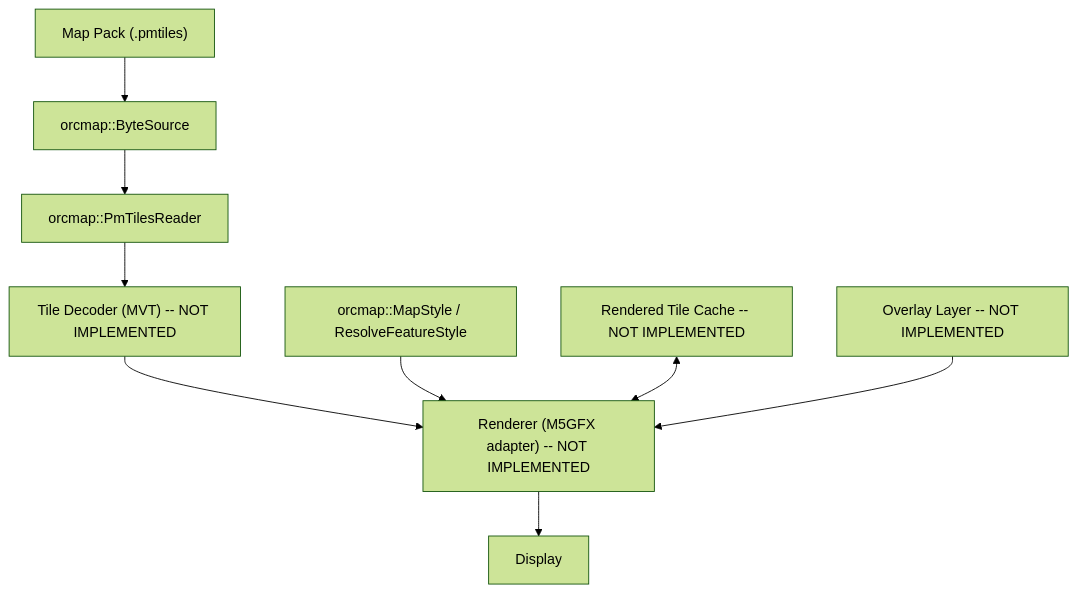
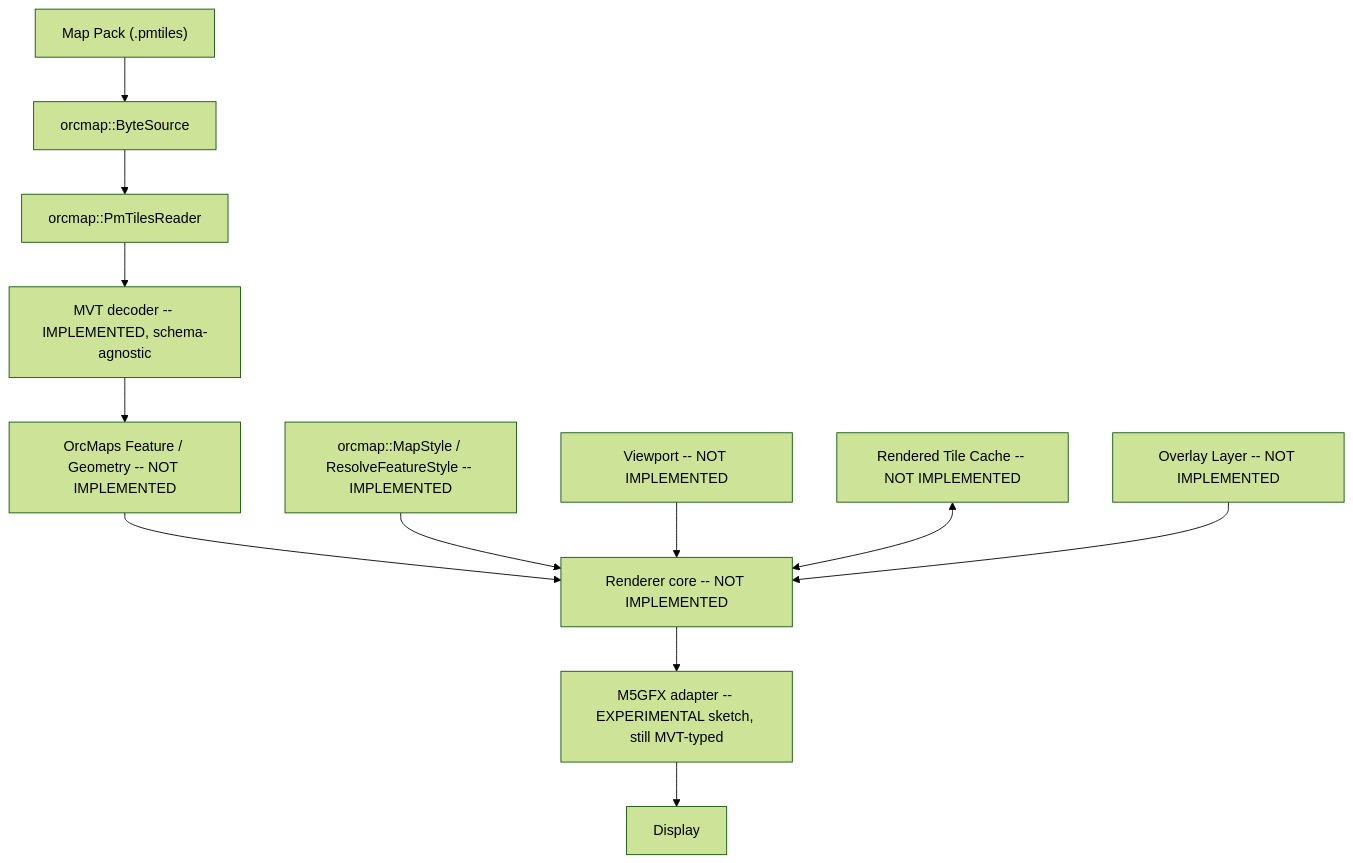
Before and after one commit to hardcoreerik/orcmaps: the diagram in ARCHITECTURE.md, drawn with Mermaid (forest theme). The commit also changed other lines of this file and 17 other files, not shown here.

````diff
--- a/ARCHITECTURE.md
+++ b/ARCHITECTURE.md
@@ -11,21 +11,27 @@
 ```mermaid
 flowchart TD
     Pack["Map Pack (.pmtiles)"]
     Source["orcmap::ByteSource"]
     Reader["orcmap::PmTilesReader"]
-    Tile["Tile Decoder (MVT) -- NOT IMPLEMENTED"]
-    Style["orcmap::MapStyle / ResolveFeatureStyle"]
+    Tile["MVT decoder -- IMPLEMENTED, schema-agnostic"]
+    Features["OrcMaps Feature / Geometry -- NOT IMPLEMENTED"]
+    Style["orcmap::MapStyle / ResolveFeatureStyle -- IMPLEMENTED"]
+    Viewport["Viewport -- NOT IMPLEMENTED"]
     Cache["Rendered Tile Cache -- NOT IMPLEMENTED"]
-    Renderer["Renderer (M5GFX adapter) -- NOT IMPLEMENTED"]
+    Core["Renderer core -- NOT IMPLEMENTED"]
+    M5["M5GFX adapter -- EXPERIMENTAL sketch, still MVT-typed"]
     Overlay["Overlay Layer -- NOT IMPLEMENTED"]
     Display["Display"]
 
     Pack --> Source
     Source --> Reader
     Reader --> Tile
-    Tile --> Renderer
-    Style --> Renderer
-    Cache <--> Renderer
-    Renderer --> Display
-    Overlay --> Renderer
+    Tile --> Features
+    Features --> Core
+    Style --> Core
+    Viewport --> Core
+    Cache <--> Core
+    Core --> M5
+    M5 --> Display
+    Overlay --> Core
 ```
````
